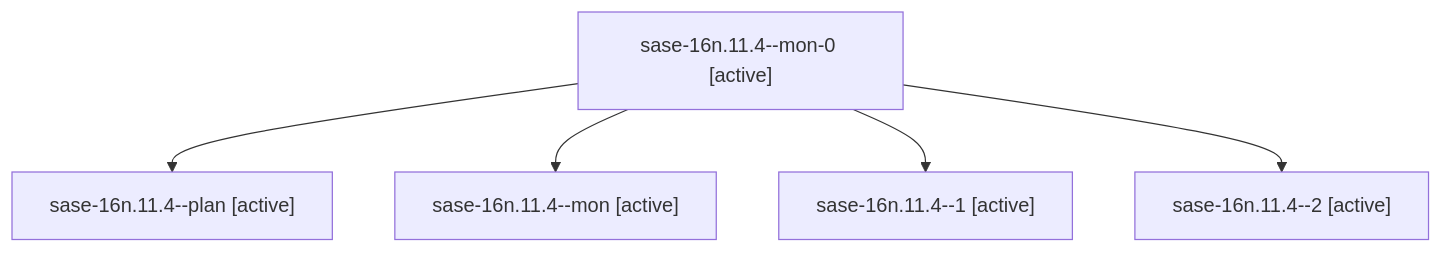
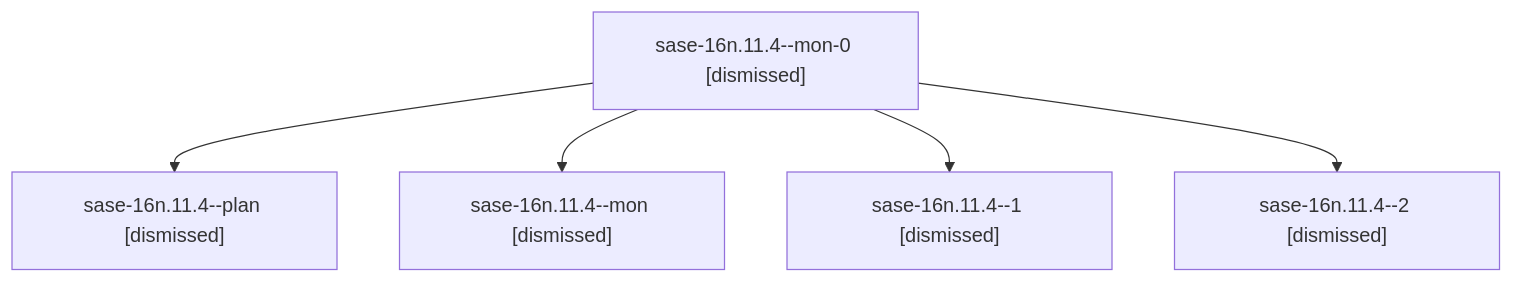
One commit to sase-org/sase--agents changed the diagram in sessions/bbugyi200.athena.sase-16n.11.4.md. Above: the diagram before and after it, drawn with Mermaid. The commit also changed other lines of this file and 158 other files, not shown here.

````diff
--- a/sessions/bbugyi200.athena.sase-16n.11.4.md
+++ b/sessions/bbugyi200.athena.sase-16n.11.4.md
@@ -9,12 +9,12 @@
 ```mermaid
 flowchart TD
-  n0["sase-16n.11.4--mon-0 [active]"]
-  n1["sase-16n.11.4--plan [active]"]
+  n0["sase-16n.11.4--mon-0 [dismissed]"]
+  n1["sase-16n.11.4--plan [dismissed]"]
   n0 --> n1
-  n2["sase-16n.11.4--mon [active]"]
+  n2["sase-16n.11.4--mon [dismissed]"]
   n0 --> n2
-  n3["sase-16n.11.4--1 [active]"]
+  n3["sase-16n.11.4--1 [dismissed]"]
   n0 --> n3
-  n4["sase-16n.11.4--2 [active]"]
+  n4["sase-16n.11.4--2 [dismissed]"]
   n0 --> n4
 ```
````
